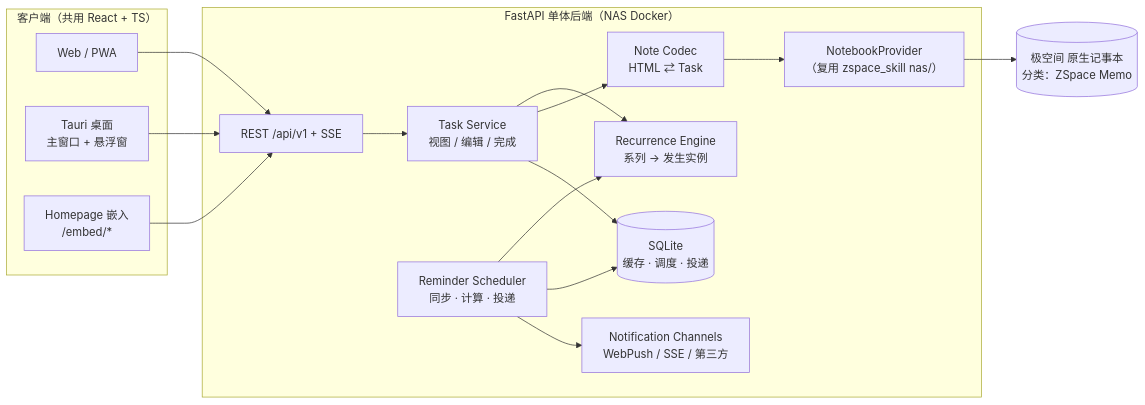
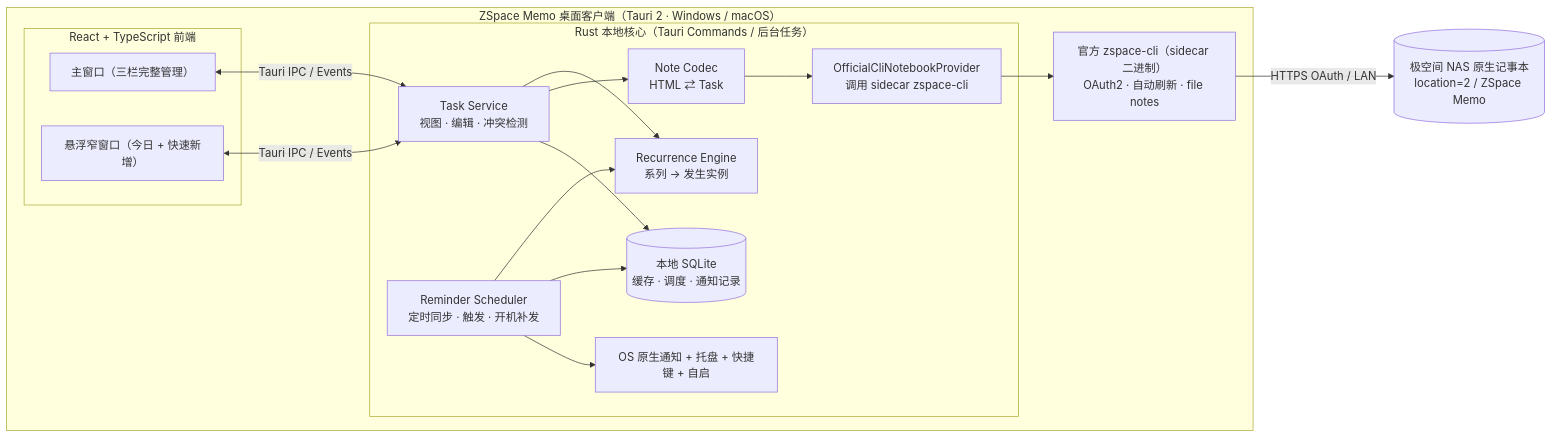
Before and after one commit to garyhj/ZSpaceMemo: the first of 2 diagrams in docs/DESIGN.md, drawn with Mermaid. The commit also changed other lines of this file and 1 other file, not shown here.

Commit message:
docs: update design to v0.2 (pure Tauri desktop + official zspace-cli OAuth2)

````diff
--- a/docs/DESIGN.md
+++ b/docs/DESIGN.md
@@ -36,26 +35,28 @@
 ```mermaid
 flowchart LR
-  subgraph Clients["客户端（共用 React + TS）"]
-    W["Web / PWA"]
-    D["Tauri 桌面<br/>主窗口 + 悬浮窗"]
-    H["Homepage 嵌入<br/>/embed/*"]
+  subgraph App["ZSpace Memo 桌面客户端（Tauri 2 · Windows / macOS）"]
+    subgraph UI["React + TypeScript 前端"]
+      MAIN["主窗口（三栏完整管理）"]
+      FLOAT["悬浮窄窗口（今日 + 快速新增）"]
+    end
+    subgraph Core["Rust 本地核心（Tauri Commands / 后台任务）"]
+      TS["Task Service<br/>视图 · 编辑 · 冲突检测"]
+      RE["Recurrence Engine<br/>系列 → 发生实例"]
+      RS["Reminder Scheduler<br/>定时同步 · 触发 · 开机补发"]
+      NOTIF["OS 原生通知 + 托盘 + 快捷键 + 自启"]
+      CODEC["Note Codec<br/>HTML ⇄ Task"]
+      IDX[("本地 SQLite<br/>缓存 · 调度 · 通知记录")]
+      NP["OfficialCliNotebookProvider<br/>调用 sidecar zspace-cli"]
+    end
+    CLI["官方 zspace-cli（sidecar 二进制）<br/>OAuth2 · 自动刷新 · file notes"]
   end
-  subgraph Backend["FastAPI 单体后端（NAS Docker）"]
-    API["REST /api/v1 + SSE"]
-    TS["Task Service<br/>视图 / 编辑 / 完成"]
-    RE["Recurrence Engine<br/>系列 → 发生实例"]
-    RS["Reminder Scheduler<br/>同步 · 计算 · 投递"]
-    CH["Notification Channels<br/>WebPush / SSE / 第三方"]
-    CODEC["Note Codec<br/>HTML ⇄ Task"]
-    IDX[("SQLite<br/>缓存 · 调度 · 投递")]
-    NP["NotebookProvider<br/>（复用 zspace_skill nas/）"]
-  end
-  NAS[("极空间 原生记事本<br/>分类：ZSpace Memo")]
-  W & D & H --> API
-  API --> TS --> RE
-  TS --> CODEC --> NP --> NAS
+  NAS[("极空间 NAS 原生记事本<br/>location=2 / ZSpace Memo")]
+
+  MAIN & FLOAT <-->|Tauri IPC / Events| TS
+  TS --> RE
+  TS --> CODEC --> NP --> CLI -->|HTTPS OAuth / LAN| NAS
   RS --> RE
   RS --> IDX
-  RS --> CH
+  RS --> NOTIF
   TS --> IDX
 ```
````
